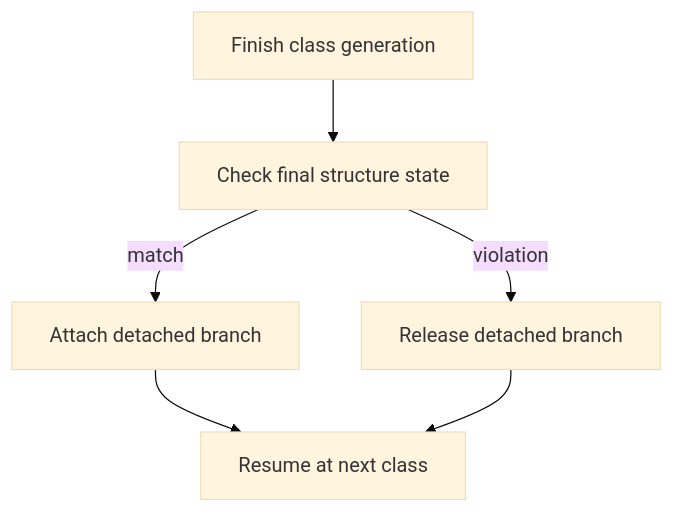
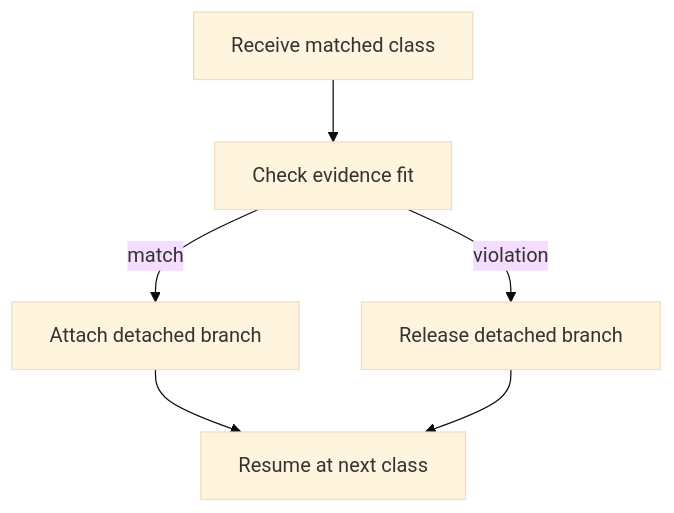
Before and after one commit to JohnAndrewBalbarosa/NeoTerritory: the diagram in docs/Codebase/Microservice/Modules/Source/Trees/ClassGeneration/Attachment/core.cpp.md, drawn with Mermaid (base theme). The commit also changed other lines of this file and 717 other files, not shown here.

````diff
--- a/docs/Codebase/Microservice/Modules/Source/Trees/ClassGeneration/Attachment/core.cpp.md
+++ b/docs/Codebase/Microservice/Modules/Source/Trees/ClassGeneration/Attachment/core.cpp.md
@@ -19,11 +19,11 @@
 ```mermaid
 flowchart TD
-    N0["Finish class generation"]
-    N1["Check final structure state"]
+    N0["Receive matched class"]
+    N1["Check evidence fit"]
     N2["Attach detached branch"]
     N3["Release detached branch"]
     N4["Resume at next class"]
     N0 --> N1
     N1 -->|match| N2 --> N4
     N1 -->|violation| N3 --> N4
 ```
````
